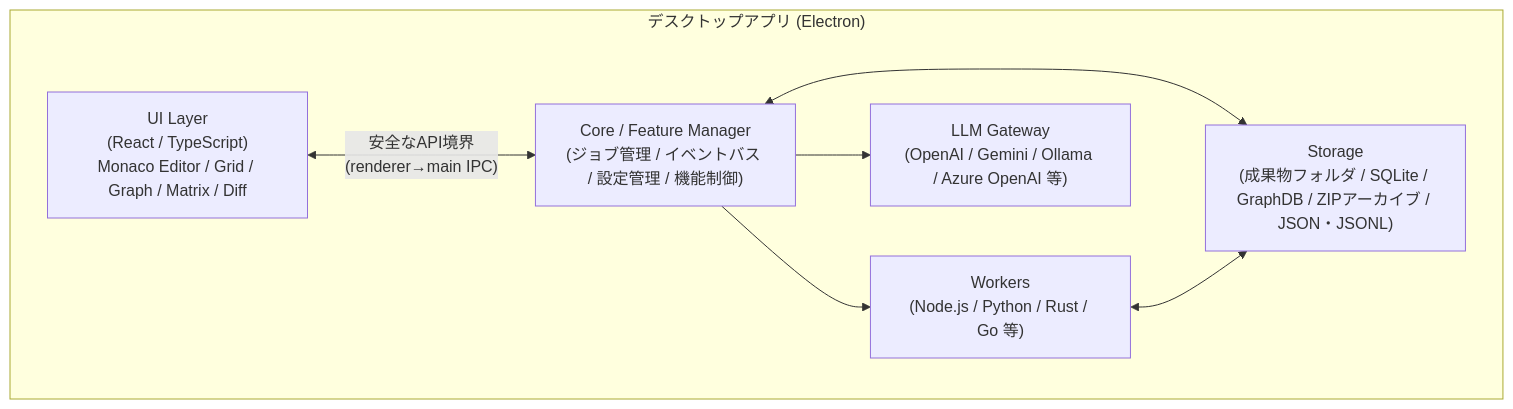
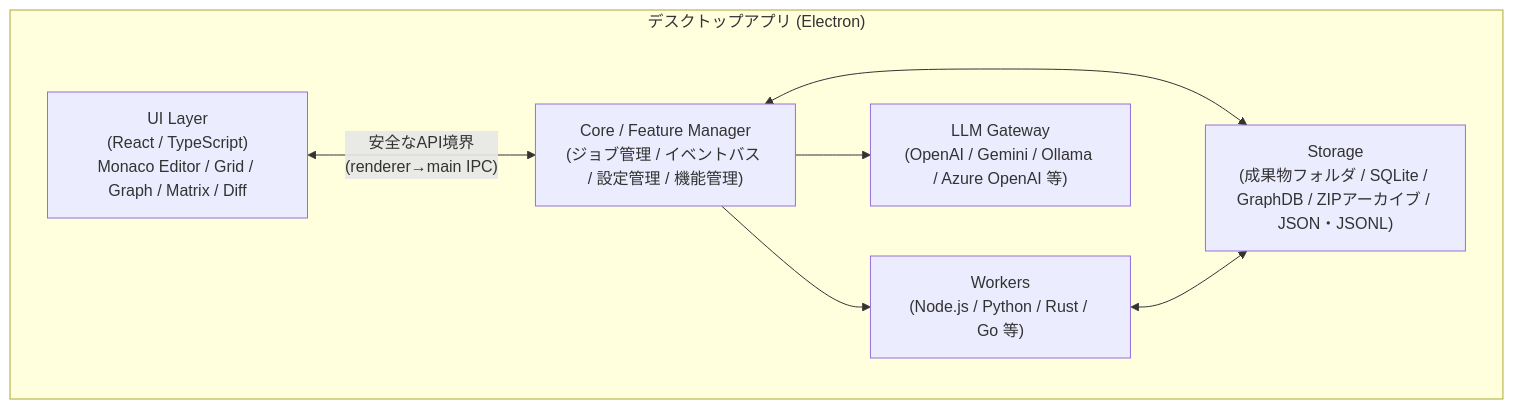
One commit to kfuruichi0920/d2d changed the second of 2 diagrams in docs/srs.md. Above: the diagram before and after it, drawn with Mermaid. The commit also changed other lines of this file, not shown here.

````diff
--- a/docs/srs.md
+++ b/docs/srs.md
@@ -144,16 +145,16 @@
 ```mermaid
 graph TD
     subgraph App["デスクトップアプリ (Electron)"]
         UI["UI Layer\n(React / TypeScript)\nMonaco Editor / Grid / Graph / Matrix / Diff"]
-        CORE["Core / Feature Manager\n(ジョブ管理 / イベントバス / 設定管理 / 機能制御)"]
+        CORE["Core / Feature Manager\n(ジョブ管理 / イベントバス / 設定管理 / 機能管理)"]
         WORKER["Workers\n(Node.js / Python / Rust / Go 等)"]
         STORE["Storage\n(成果物フォルダ / SQLite / GraphDB / ZIPアーカイブ / JSON・JSONL)"]
         GW["LLM Gateway\n(OpenAI / Gemini / Ollama / Azure OpenAI 等)"]
     end
 
     UI <-->|"安全なAPI境界\n(renderer→main IPC)"| CORE
     CORE --> WORKER
     CORE <--> STORE
     CORE --> GW
     WORKER <--> STORE
 ```
````
